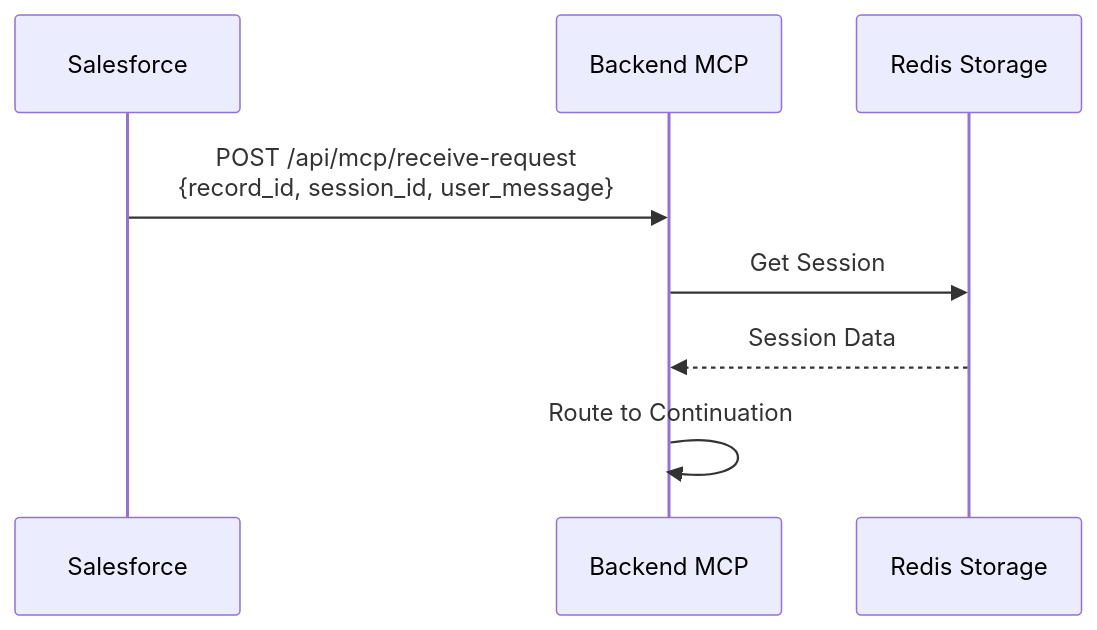
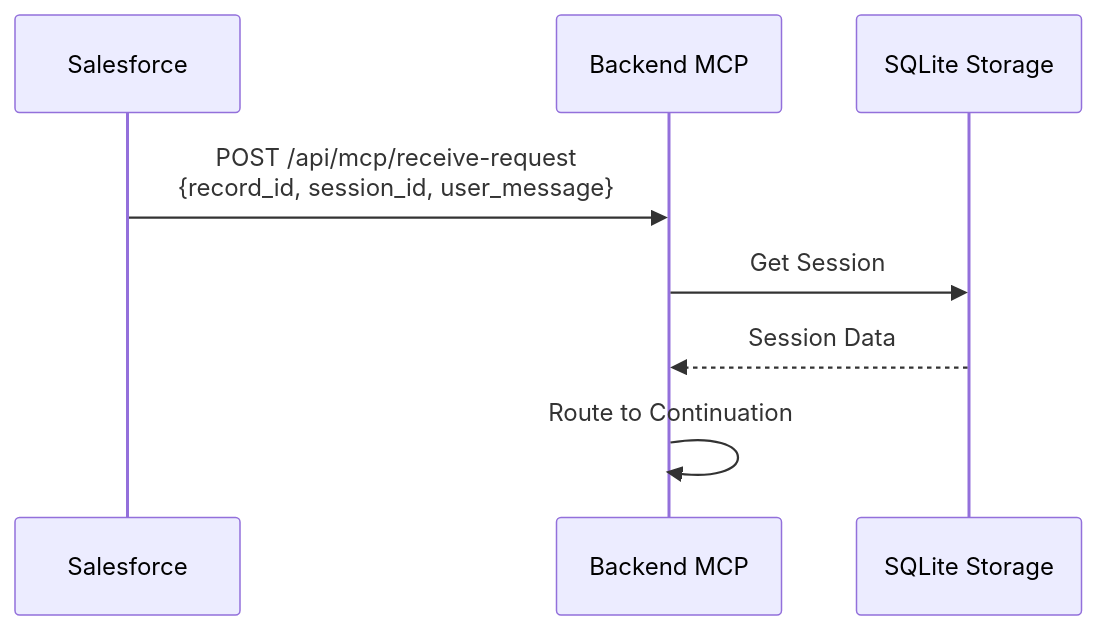
The tenth of 14 diagrams in docs/PIPELINE_FLOW.md (Yasser1AITLAZIZ/sfd-clm), drawn with Mermaid before and after one commit. The commit also changed other lines of this file and 40 other files, not shown here.

````diff
--- a/docs/PIPELINE_FLOW.md
+++ b/docs/PIPELINE_FLOW.md
@@ -256,11 +256,11 @@
 ```mermaid
 sequenceDiagram
     participant SF as Salesforce
     participant MCP as Backend MCP
-    participant Redis as Redis Storage
+    participant SQLITE as SQLite Storage
     
     SF->>MCP: POST /api/mcp/receive-request<br/>{record_id, session_id, user_message}
-    MCP->>Redis: Get Session
-    Redis-->>MCP: Session Data
+    MCP->>SQLITE: Get Session
+    SQLITE-->>MCP: Session Data
     MCP->>MCP: Route to Continuation
 ```
````
